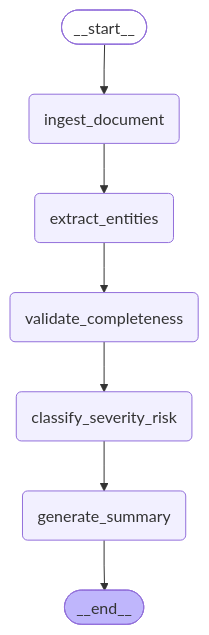
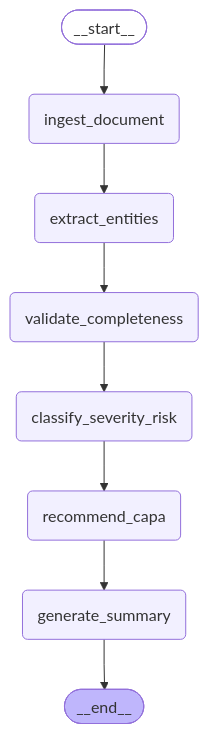
One commit to POSHANMS/complaint-copilot-ai changed the diagram in backend/agent_graph_diagram.md. Above: the diagram before and after it, drawn with Mermaid. The commit also changed other lines of this file and 8 other files, not shown here.

Commit message:
feat(agent): add recommend_capa node + CAPA UI card

````diff
--- a/backend/agent_graph_diagram.md
+++ b/backend/agent_graph_diagram.md
@@ -7,25 +7,27 @@
 ```mermaid
 ---
 config:
   flowchart:
     curve: linear
 ---
 graph TD;
 	__start__([<p>__start__</p>]):::first
 	ingest_document(ingest_document)
 	extract_entities(extract_entities)
 	validate_completeness(validate_completeness)
 	classify_severity_risk(classify_severity_risk)
+	recommend_capa(recommend_capa)
 	generate_summary(generate_summary)
 	__end__([<p>__end__</p>]):::last
 	__start__ --> ingest_document;
-	classify_severity_risk --> generate_summary;
+	classify_severity_risk --> recommend_capa;
 	extract_entities --> validate_completeness;
 	ingest_document --> extract_entities;
+	recommend_capa --> generate_summary;
 	validate_completeness --> classify_severity_risk;
 	generate_summary --> __end__;
 	classDef default fill:#f2f0ff,line-height:1.2
 	classDef first fill-opacity:0
 	classDef last fill:#bfb6fc
 
 ```
````
